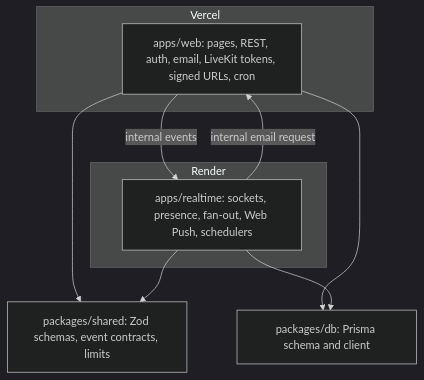
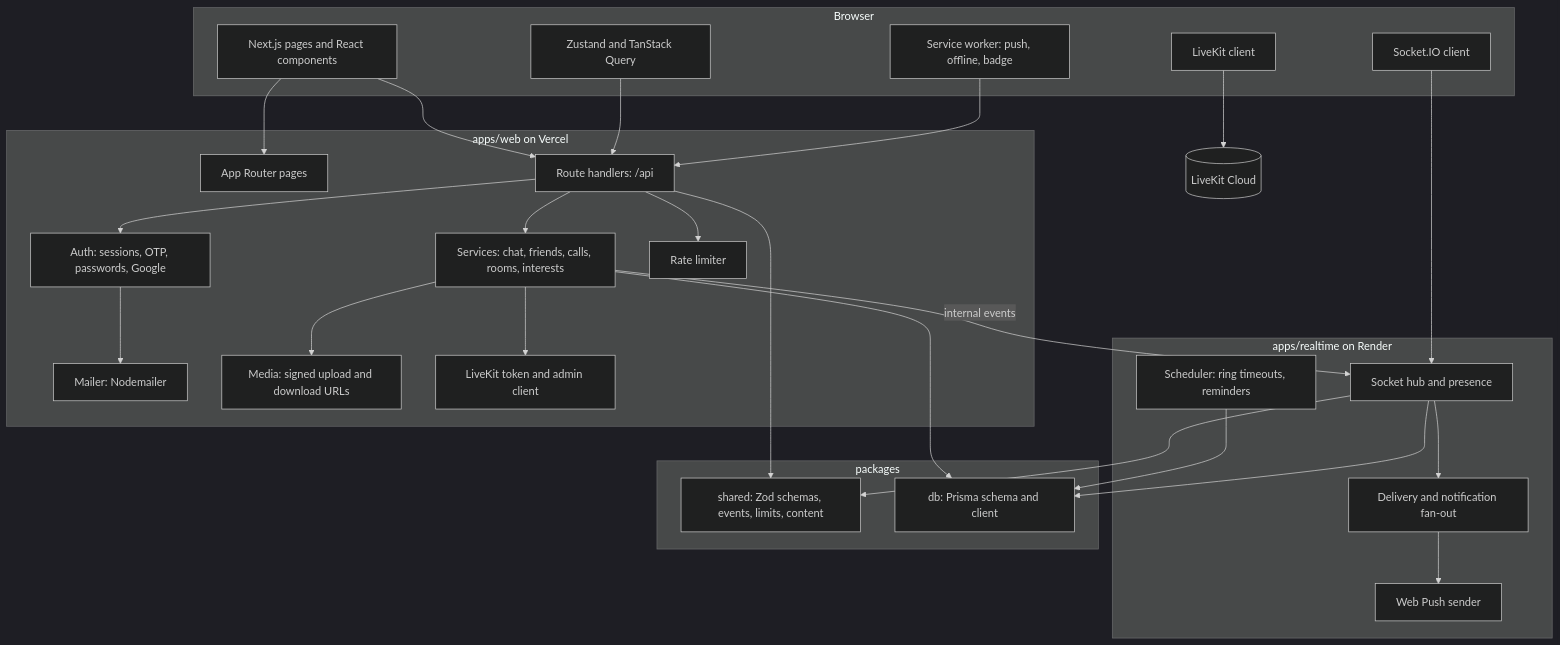
One commit to oyedokunken/gistroom changed the second of 16 diagrams in README.md. Above: the diagram before and after it, drawn with Mermaid (dark theme). The commit also changed other lines of this file, not shown here.

Commit message:
Rewrite the README with a table of contents, diagrams, API reference and module overview

````diff
--- a/README.md
+++ b/README.md
@@ -40,17 +127,50 @@
 ```mermaid
 flowchart TB
-  subgraph Vercel
-    Web[apps/web: pages, REST, auth, email, LiveKit tokens, signed URLs, cron]
+  subgraph Browser
+    UI[Next.js pages and React components]
+    Store[Zustand and TanStack Query]
+    SW[Service worker: push, offline, badge]
+    Sock[Socket.IO client]
+    LKC[LiveKit client]
   end
-  subgraph Render
-    RT[apps/realtime: sockets, presence, fan-out, Web Push, schedulers]
+  subgraph Web[apps/web on Vercel]
+    Pages[App Router pages]
+    Api[Route handlers: /api]
+    Auth[Auth: sessions, OTP, passwords, Google]
+    Svc[Services: chat, friends, calls, rooms, interests]
+    Mail[Mailer: Nodemailer]
+    Media[Media: signed upload and download URLs]
+    Lk[LiveKit token and admin client]
+    Limit[Rate limiter]
   end
-  Shared[packages/shared: Zod schemas, event contracts, limits]
-  Db[packages/db: Prisma schema and client]
-  Web --> Shared
-  RT --> Shared
-  Web --> Db
-  RT --> Db
-  Web -- internal events --> RT
-  RT -- internal email request --> Web
+  subgraph Realtime[apps/realtime on Render]
+    Hub[Socket hub and presence]
+    Deliver[Delivery and notification fan-out]
+    Sched[Scheduler: ring timeouts, reminders]
+    Wp[Web Push sender]
+  end
+  subgraph Shared[packages]
+    Shr[shared: Zod schemas, events, limits, content]
+    Dbp[db: Prisma schema and client]
+  end
+  UI --> Api
+  UI --> Pages
+  Store --> Api
+  Sock --> Hub
+  LKC --> LiveKit[(LiveKit Cloud)]
+  SW --> Api
+  Api --> Auth
+  Api --> Svc
+  Api --> Limit
+  Svc --> Dbp
+  Auth --> Mail
+  Svc --> Media
+  Svc --> Lk
+  Svc -- internal events --> Hub
+  Hub --> Deliver
+  Deliver --> Wp
+  Sched --> Dbp
+  Hub --> Dbp
+  Api --> Shr
+  Hub --> Shr
 ```
````
